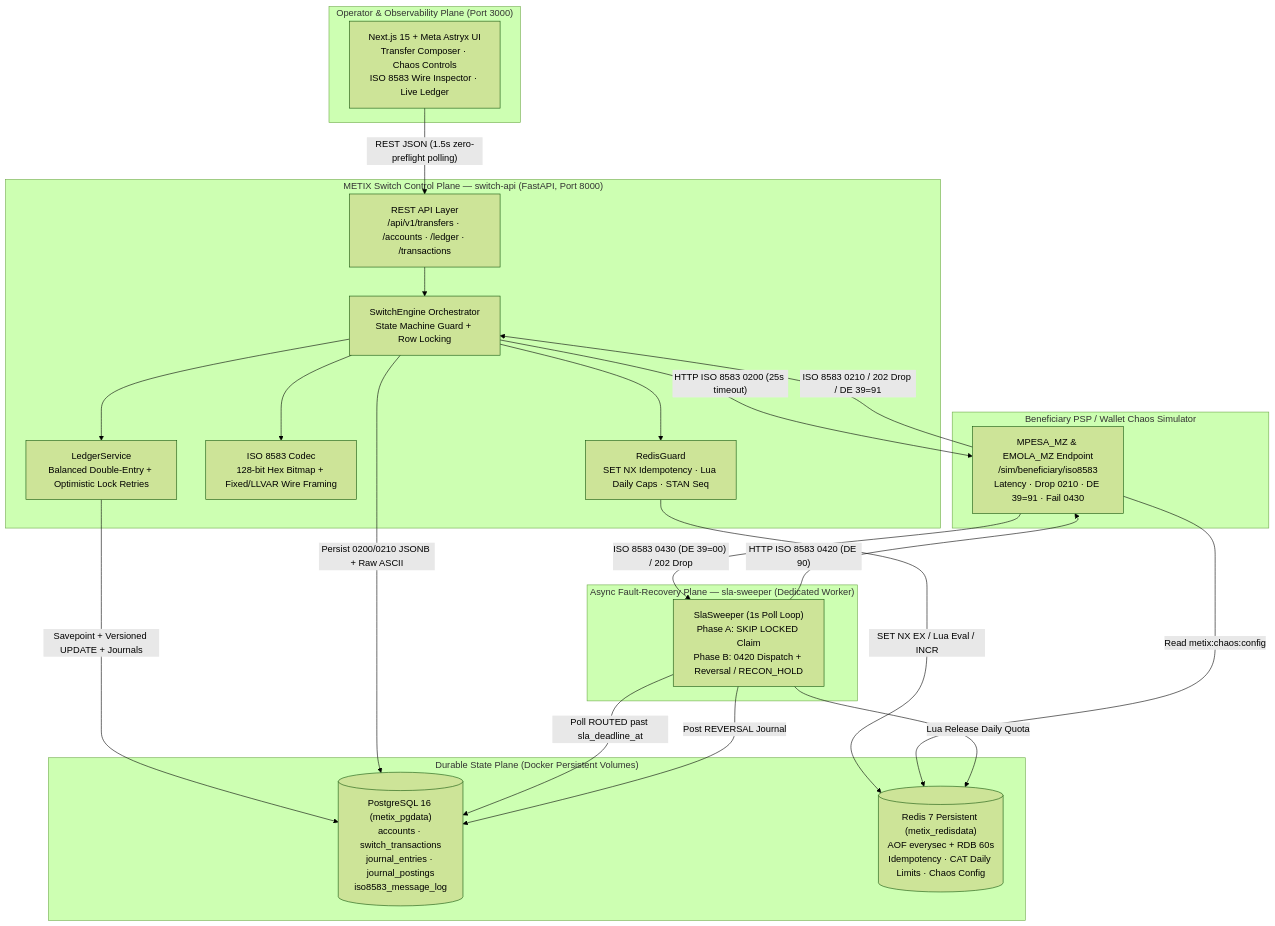
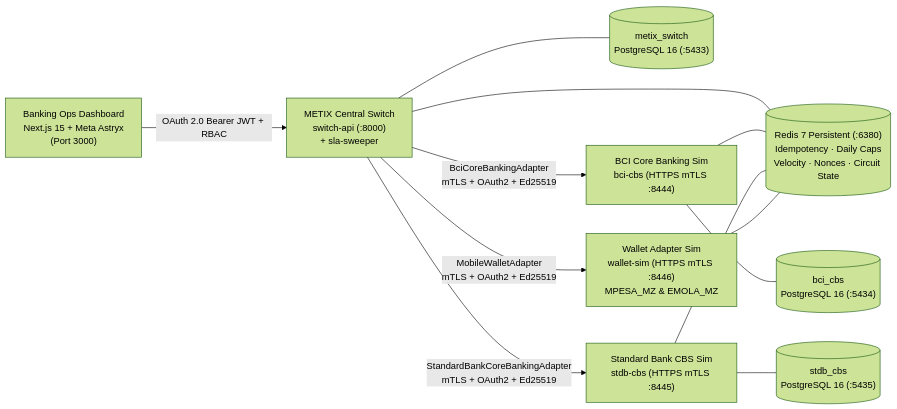
Before and after one commit to LRibeiro20/metix-switch-sim: the first of 3 diagrams in README.md, drawn with Mermaid (forest theme). The commit also changed other lines of this file and 71 other files, not shown here.

````diff
--- a/README.md
+++ b/README.md
@@ -47,44 +65,30 @@
 ```mermaid
-flowchart TB
-    subgraph ClientPlane["Operator & Observability Plane (Port 3000)"]
-        UI["Next.js 15 + Meta Astryx UI<br/>Transfer Composer · Chaos Controls<br/>ISO 8583 Wire Inspector · Live Ledger"]
-    end
+flowchart LR
+    UI["Banking Ops Dashboard<br/>Next.js 15 + Meta Astryx<br/>(Port 3000)"]
+    SW["METIX Central Switch<br/>switch-api (:8000)<br/>+ sla-sweeper"]
+    SWDB[("metix_switch<br/>PostgreSQL 16 (:5433)")]
+    RD[("Redis 7 Persistent (:6380)<br/>Idempotency · Daily Caps<br/>Velocity · Nonces · Circuit State")]
 
-    subgraph ControlPlane["METIX Switch Control Plane — switch-api (FastAPI, Port 8000)"]
-        API["REST API Layer<br/>/api/v1/transfers · /accounts · /ledger · /transactions"]
-        ENGINE["SwitchEngine Orchestrator<br/>State Machine Guard + Row Locking"]
-        GUARD["RedisGuard<br/>SET NX Idempotency · Lua Daily Caps · STAN Seq"]
-        CODEC["ISO 8583 Codec<br/>128-bit Hex Bitmap + Fixed/LLVAR Wire Framing"]
-        LEDGER["LedgerService<br/>Balanced Double-Entry + Optimistic Lock Retries"]
-    end
+    BCI["BCI Core Banking Sim<br/>bci-cbs (HTTPS mTLS :8444)"]
+    BCIDB[("bci_cbs<br/>PostgreSQL 16 (:5434)")]
 
-    subgraph RecoveryPlane["Async Fault-Recovery Plane — sla-sweeper (Dedicated Worker)"]
-        SWEEP["SlaSweeper (1s Poll Loop)<br/>Phase A: SKIP LOCKED Claim<br/>Phase B: 0420 Dispatch + Reversal / RECON_HOLD"]
-    end
+    STDB["Standard Bank CBS Sim<br/>stdb-cbs (HTTPS mTLS :8445)"]
+    STDBDB[("stdb_cbs<br/>PostgreSQL 16 (:5435)")]
 
-    subgraph ChaosPlane["Beneficiary PSP / Wallet Chaos Simulator"]
-        BEN["MPESA_MZ & EMOLA_MZ Endpoint<br/>/sim/beneficiary/iso8583<br/>Latency · Drop 0210 · DE 39=91 · Fail 0430"]
-    end
+    WLT["Wallet Adapter Sim<br/>wallet-sim (HTTPS mTLS :8446)<br/>MPESA_MZ & EMOLA_MZ"]
 
-    subgraph DataPlane["Durable State Plane (Docker Persistent Volumes)"]
-        PG[("PostgreSQL 16 (metix_pgdata)<br/>accounts · switch_transactions<br/>journal_entries · journal_postings<br/>iso8583_message_log")]
-        RD[("Redis 7 Persistent (metix_redisdata)<br/>AOF everysec + RDB 60s<br/>Idempotency · CAT Daily Limits · Chaos Config")]
-    end
+    UI -- "OAuth 2.0 Bearer JWT + RBAC" --> SW
+    SW --- SWDB
+    SW --- RD
 
-    UI -- "REST JSON (1.5s zero-preflight polling)" --> API
-    API --> ENGINE
-    ENGINE --> GUARD
-    ENGINE --> CODEC
-    ENGINE --> LEDGER
-    GUARD -- "SET NX EX / Lua Eval / INCR" --> RD
-    LEDGER -- "Savepoint + Versioned UPDATE + Journals" --> PG
-    ENGINE -- "Persist 0200/0210 JSONB + Raw ASCII" --> PG
-    ENGINE -- "HTTP ISO 8583 0200 (25s timeout)" --> BEN
-    BEN -- "ISO 8583 0210 / 202 Drop / DE 39=91" --> ENGINE
-    BEN -- "Read metix:chaos:config" --> RD
-    SWEEP -- "Poll ROUTED past sla_deadline_at" --> PG
-    SWEEP -- "HTTP ISO 8583 0420 (DE 90)" --> BEN
-    BEN -- "ISO 8583 0430 (DE 39=00) / 202 Drop" --> SWEEP
-    SWEEP -- "Post REVERSAL Journal" --> PG
-    SWEEP -- "Lua Release Daily Quota" --> RD
+    SW -- "BciCoreBankingAdapter<br/>mTLS + OAuth2 + Ed25519" --> BCI
+    BCI --- BCIDB
+    BCI --- RD
+
+    SW -- "StandardBankCoreBankingAdapter<br/>mTLS + OAuth2 + Ed25519" --> STDB
+    STDB --- STDBDB
+    STDB --- RD
+
+    SW -- "MobileWalletAdapter<br/>mTLS + OAuth2 + Ed25519" --> WLT
+    WLT --- RD
 ```
````
